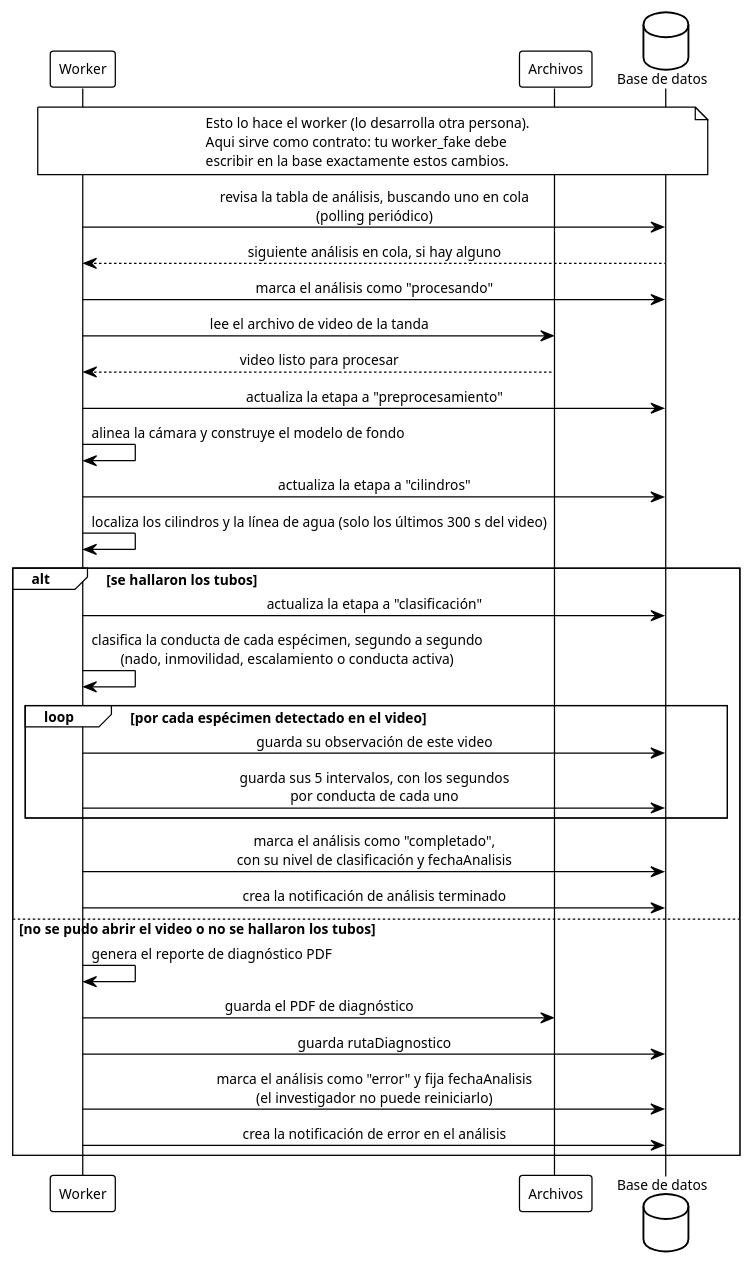
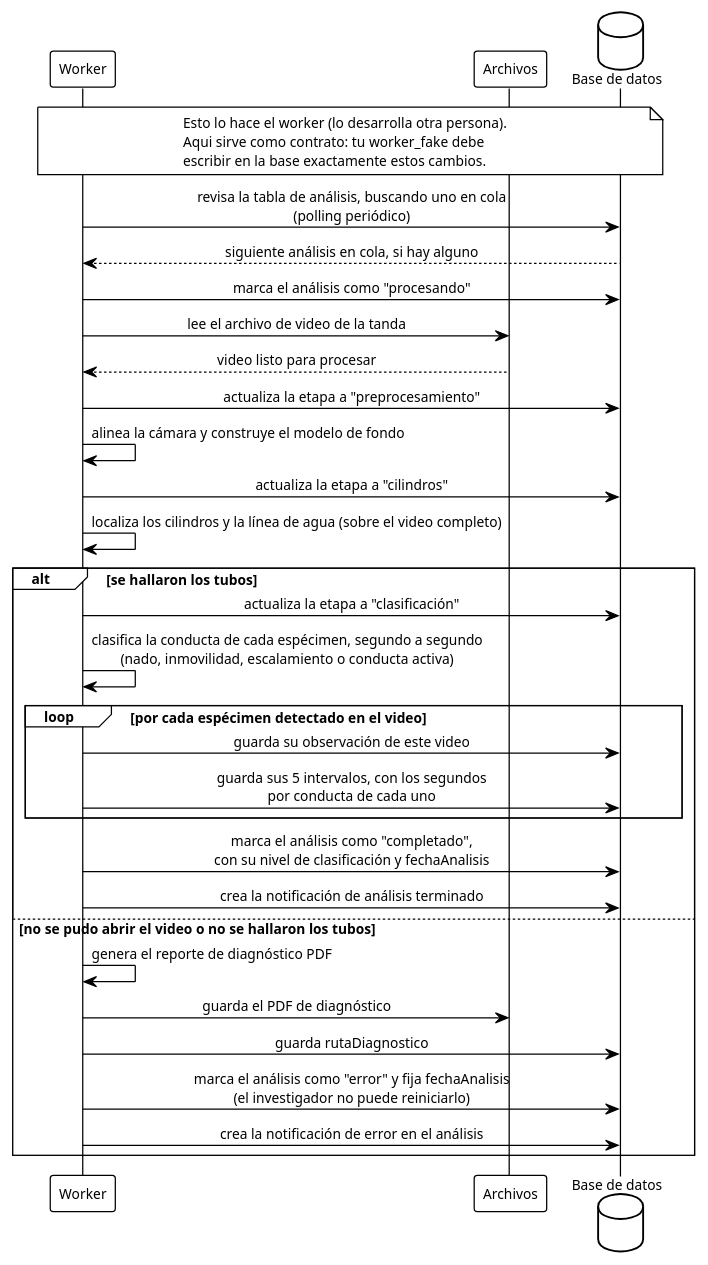
Before and after one commit to ErickJester/fst-ai-system-latex: diagram 31 of 38 in INSTRUCCIONES-WEB.md, drawn with PlantUML. The commit also changed other lines of this file and 3 other files, not shown here.

````diff
--- a/INSTRUCCIONES-WEB.md
+++ b/INSTRUCCIONES-WEB.md
@@ -2154,51 +2154,51 @@
 ```plantuml
 @startuml seq_analisis_automatico
 !theme plain
 skinparam defaultFontName Arial
 skinparam defaultFontSize 11
 skinparam shadowing false
 skinparam sequenceMessageAlign center
 skinparam BoxPadding 10
 participant Worker as w
 participant "Archivos" as fs
 database "Base de datos" as db
 
 note over w, db
   Esto lo hace el worker (lo desarrolla otra persona).
   Aqui sirve como contrato: tu worker_fake debe
   escribir en la base exactamente estos cambios.
 end note
 
 w -> db: revisa la tabla de análisis, buscando uno en cola\n(polling periódico)
 db --> w: siguiente análisis en cola, si hay alguno
 w -> db: marca el análisis como "procesando"
 
 w -> fs: lee el archivo de video de la tanda
 fs --> w: video listo para procesar
 
 w -> db: actualiza la etapa a "preprocesamiento"
 w -> w: alinea la cámara y construye el modelo de fondo
 
 w -> db: actualiza la etapa a "cilindros"
-w -> w: localiza los cilindros y la línea de agua (solo los últimos 300 s del video)
+w -> w: localiza los cilindros y la línea de agua (sobre el video completo)
 
 alt se hallaron los tubos
   w -> db: actualiza la etapa a "clasificación"
   w -> w: clasifica la conducta de cada espécimen, segundo a segundo\n(nado, inmovilidad, escalamiento o conducta activa)
 
   loop por cada espécimen detectado en el video
     w -> db: guarda su observación de este video
     w -> db: guarda sus 5 intervalos, con los segundos\npor conducta de cada uno
   end
 
   w -> db: marca el análisis como "completado",\ncon su nivel de clasificación y fechaAnalisis
   w -> db: crea la notificación de análisis terminado
 else no se pudo abrir el video o no se hallaron los tubos
   w -> w: genera el reporte de diagnóstico PDF
   w -> fs: guarda el PDF de diagnóstico
   w -> db: guarda rutaDiagnostico
   w -> db: marca el análisis como "error" y fija fechaAnalisis\n(el investigador no puede reiniciarlo)
   w -> db: crea la notificación de error en el análisis
 end
 @enduml
 ```
````
